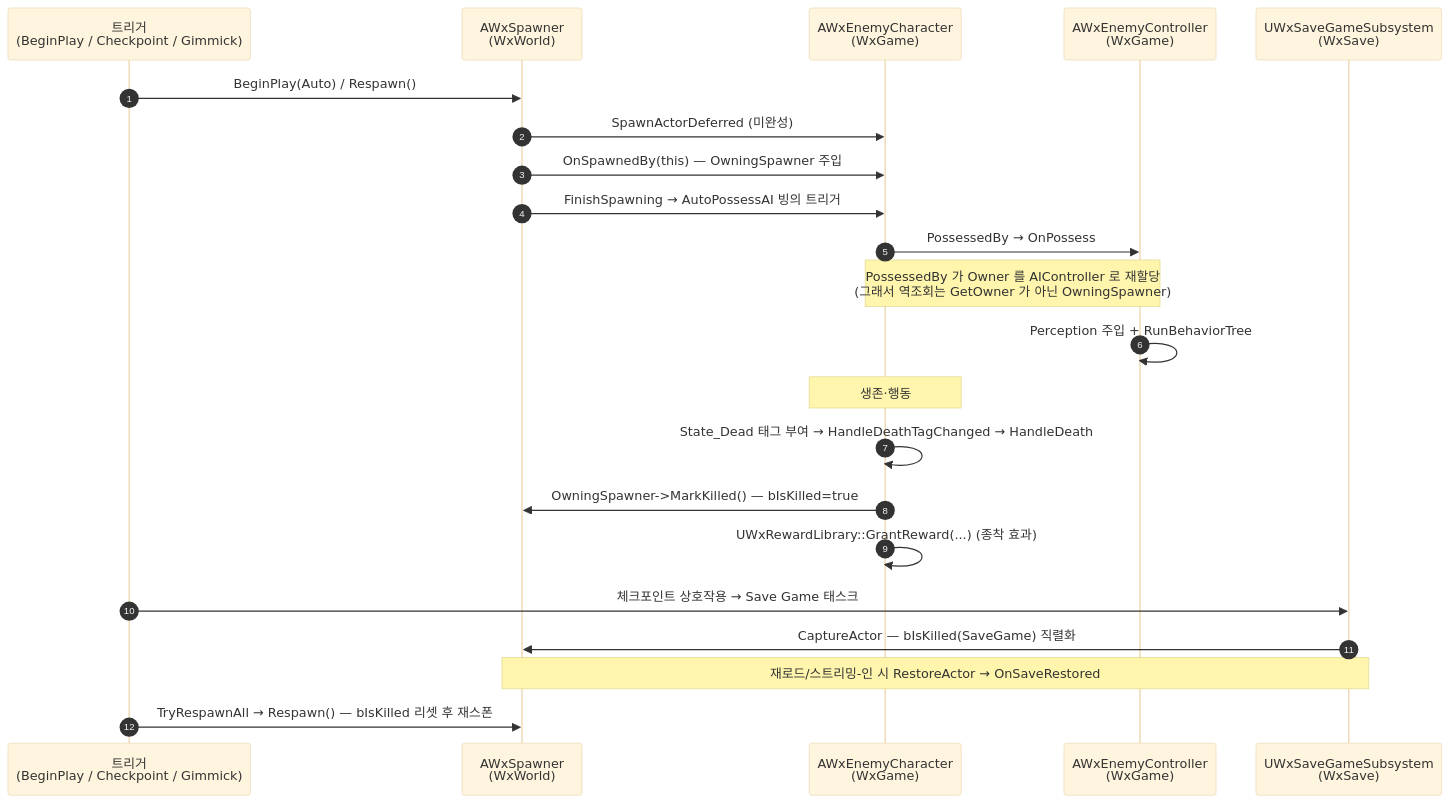
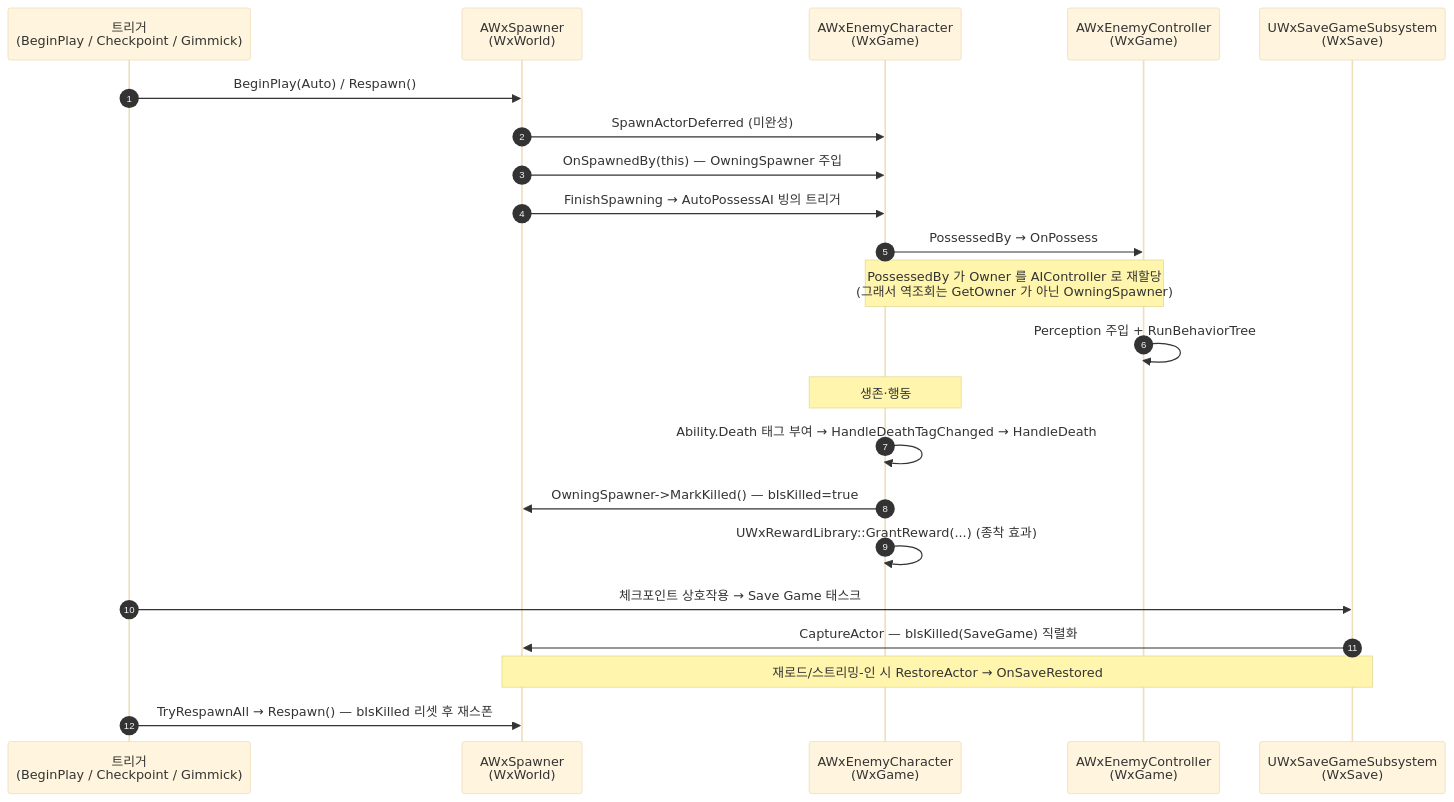
One commit to Woogl/ProjectWx changed the diagram in Docs/Programmer/Spawner_Enemy_Lifecycle.md. Above: the diagram before and after it, drawn with Mermaid (base theme). The commit also changed other lines of this file and 49 other files, not shown here.

````diff
--- a/Docs/Programmer/Spawner_Enemy_Lifecycle.md
+++ b/Docs/Programmer/Spawner_Enemy_Lifecycle.md
@@ -22,25 +22,25 @@
 ```mermaid
 sequenceDiagram
     autonumber
     participant Trigger as 트리거<br/>(BeginPlay / Checkpoint / Gimmick)
     participant Spawner as AWxSpawner<br/>(WxWorld)
     participant Enemy as AWxEnemyCharacter<br/>(WxGame)
     participant AICtrl as AWxEnemyController<br/>(WxGame)
     participant Save as UWxSaveGameSubsystem<br/>(WxSave)
 
     Trigger->>Spawner: BeginPlay(Auto) / Respawn()
     Spawner->>Enemy: SpawnActorDeferred (미완성)
     Spawner->>Enemy: OnSpawnedBy(this) — OwningSpawner 주입
     Spawner->>Enemy: FinishSpawning → AutoPossessAI 빙의 트리거
     Enemy->>AICtrl: PossessedBy → OnPossess
     Note over Enemy,AICtrl: PossessedBy 가 Owner 를 AIController 로 재할당<br/>(그래서 역조회는 GetOwner 가 아닌 OwningSpawner)
     AICtrl->>AICtrl: Perception 주입 + RunBehaviorTree
     Note over Enemy: 생존·행동
-    Enemy->>Enemy: State_Dead 태그 부여 → HandleDeathTagChanged → HandleDeath
+    Enemy->>Enemy: Ability.Death 태그 부여 → HandleDeathTagChanged → HandleDeath
     Enemy->>Spawner: OwningSpawner->MarkKilled() — bIsKilled=true
     Enemy->>Enemy: UWxRewardLibrary::GrantReward(...) (종착 효과)
     Trigger->>Save: 체크포인트 상호작용 → Save Game 태스크
     Save->>Spawner: CaptureActor — bIsKilled(SaveGame) 직렬화
     Note over Save,Spawner: 재로드/스트리밍-인 시 RestoreActor → OnSaveRestored
     Trigger->>Spawner: TryRespawnAll → Respawn() — bIsKilled 리셋 후 재스폰
 ```
````
